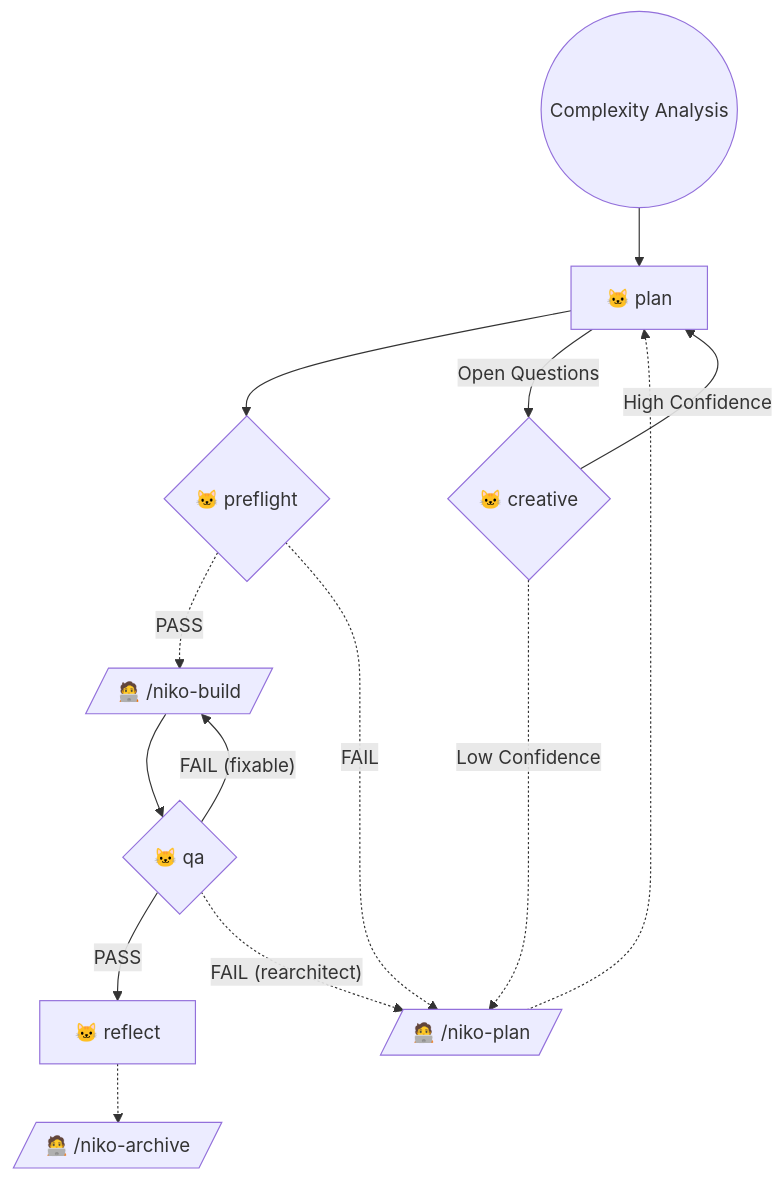
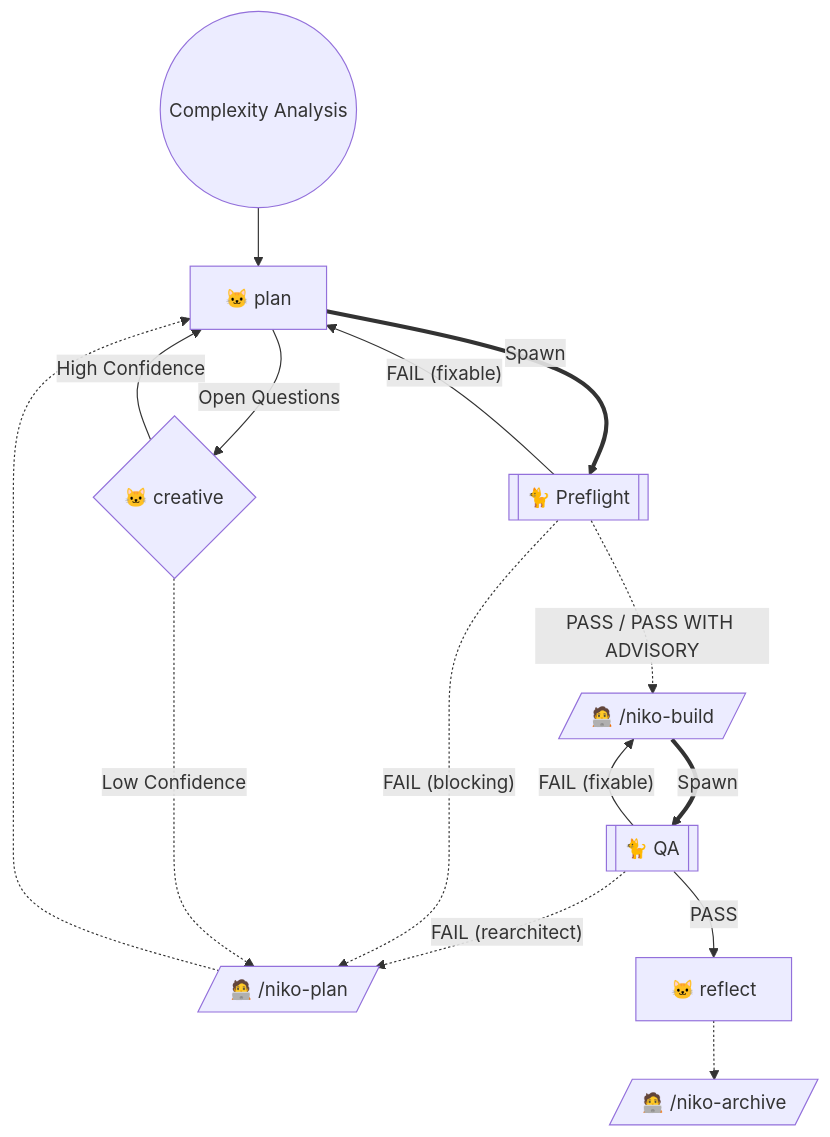
The diagram in .cursor/skills/shared/niko/references/level3/level3-workflow.md (Texarkanine/stockroom), drawn with Mermaid before and after one commit. The commit also changed other lines of this file and 17 other files, not shown here.

````diff
--- a/.cursor/skills/shared/niko/references/level3/level3-workflow.md
+++ b/.cursor/skills/shared/niko/references/level3/level3-workflow.md
@@ -9,19 +9,31 @@
 ```mermaid
 graph TD
-    Start(("Complexity Analysis")) --> NikoPlan["🐱 plan"]
-    NikoPlan --> NikoPreflight{"🐱 preflight"}
-    NikoPreflight -.->|"PASS"| ManualBuild[/"🧑‍💻 /niko-build"/]
-    NikoPreflight -.->|"FAIL"| ManualPlan[/"🧑‍💻 /niko-plan"/]
+    Start(("Complexity Analysis"))
+    NikoPlan["🐱 plan"]
+    NikoPreflight[["🐈 Preflight"]]
+    ManualBuild[/"🧑‍💻 /niko-build"/]
+    ManualPlan[/"🧑‍💻 /niko-plan"/]
+    NikoQA[["🐈 QA"]]
+    NikoReflect["🐱 reflect"]
+    ManualArchive[/"🧑‍💻 /niko-archive"/]
+    NikoCreative{"🐱 creative"}
+    
+    Start --> NikoPlan
+    NikoPlan ==Spawn==> NikoPreflight
+    NikoPreflight -.->|"PASS / PASS WITH ADVISORY"| ManualBuild
+    NikoPreflight -->|"FAIL (fixable)"| NikoPlan
 
-    NikoPlan -->|"Open Questions"| NikoCreative{"🐱 creative"}
-    NikoCreative -->|"High Confidence"| NikoPlan
-    NikoCreative -.->|"Low Confidence"| ManualPlan[/"🧑‍💻 /niko-plan"/]
-
-    ManualBuild --> NikoQA{"🐱 qa"}
-    NikoQA -->|"PASS"| NikoReflect["🐱 reflect"]
-    NikoReflect -.-> ManualArchive[/"🧑‍💻 /niko-archive"/]
+    ManualBuild ==Spawn==> NikoQA
+    NikoQA -->|"PASS"| NikoReflect
+    NikoReflect -.-> ManualArchive
     NikoQA -->|"FAIL (fixable)"| ManualBuild
     NikoQA -.->|"FAIL (rearchitect)"| ManualPlan
 
+    NikoPreflight -.->|"FAIL (blocking)"| ManualPlan
+
+    NikoPlan -->|"Open Questions"| NikoCreative
+    NikoCreative -->|"High Confidence"| NikoPlan
+    NikoCreative -.->|"Low Confidence"| ManualPlan
+
     ManualPlan -.-> NikoPlan
 ```
````
